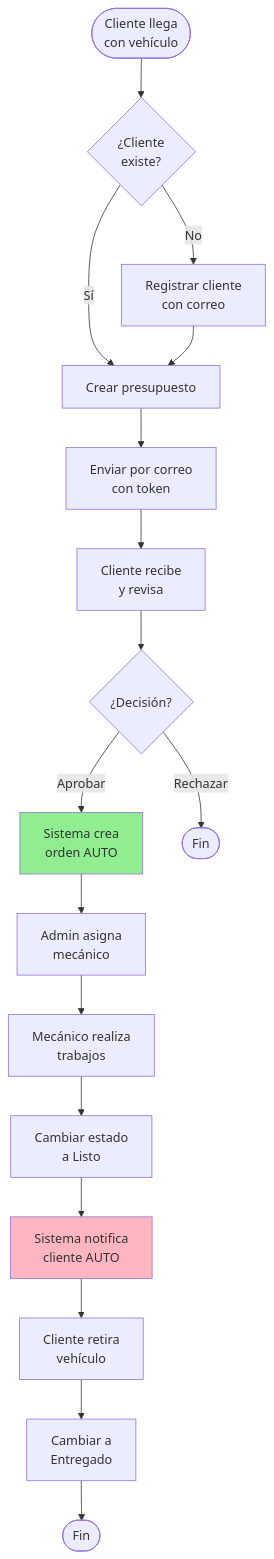
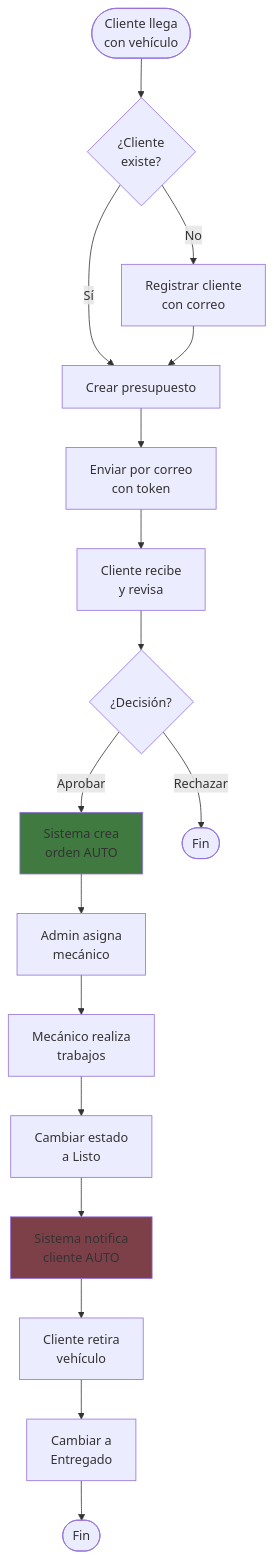
The second of 4 diagrams in test3.md (Marcos0o0/testttttt), drawn with Mermaid before and after one commit.

````diff
--- a/test3.md
+++ b/test3.md
@@ -65,22 +65,22 @@
 ```mermaid
 graph TB
     Start([Cliente llega<br/>con vehículo]) --> A1{¿Cliente<br/>existe?}
     A1 -->|No| A2[Registrar cliente<br/>con correo]
     A1 -->|Sí| A3[Crear presupuesto]
     A2 --> A3
     A3 --> A4[Enviar por correo<br/>con token]
     A4 --> C1[Cliente recibe<br/>y revisa]
     C1 --> C2{¿Decisión?}
     C2 -->|Aprobar| S1[Sistema crea<br/>orden AUTO]
     C2 -->|Rechazar| End1([Fin])
     S1 --> A5[Admin asigna<br/>mecánico]
     A5 --> M1[Mecánico realiza<br/>trabajos]
     M1 --> M2[Cambiar estado<br/>a Listo]
     M2 --> S2[Sistema notifica<br/>cliente AUTO]
     S2 --> C3[Cliente retira<br/>vehículo]
     C3 --> A6[Cambiar a<br/>Entregado]
     A6 --> End2([Fin])
     
-    style S1 fill:#90EE90
-    style S2 fill:#FFB6C1
+    style S1 fill:#407a40
+    style S2 fill:#7d4049
 ```
````
